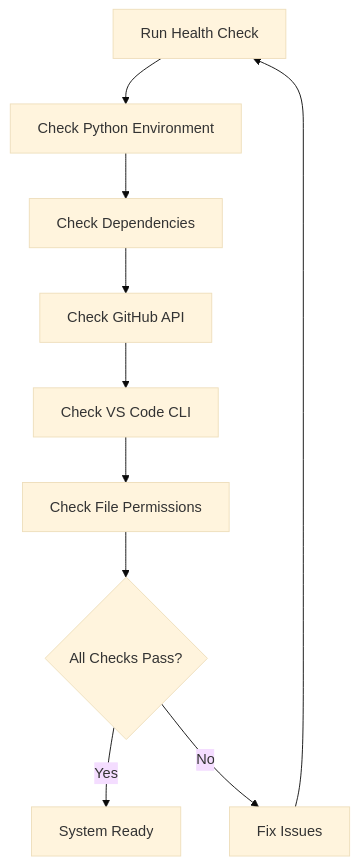
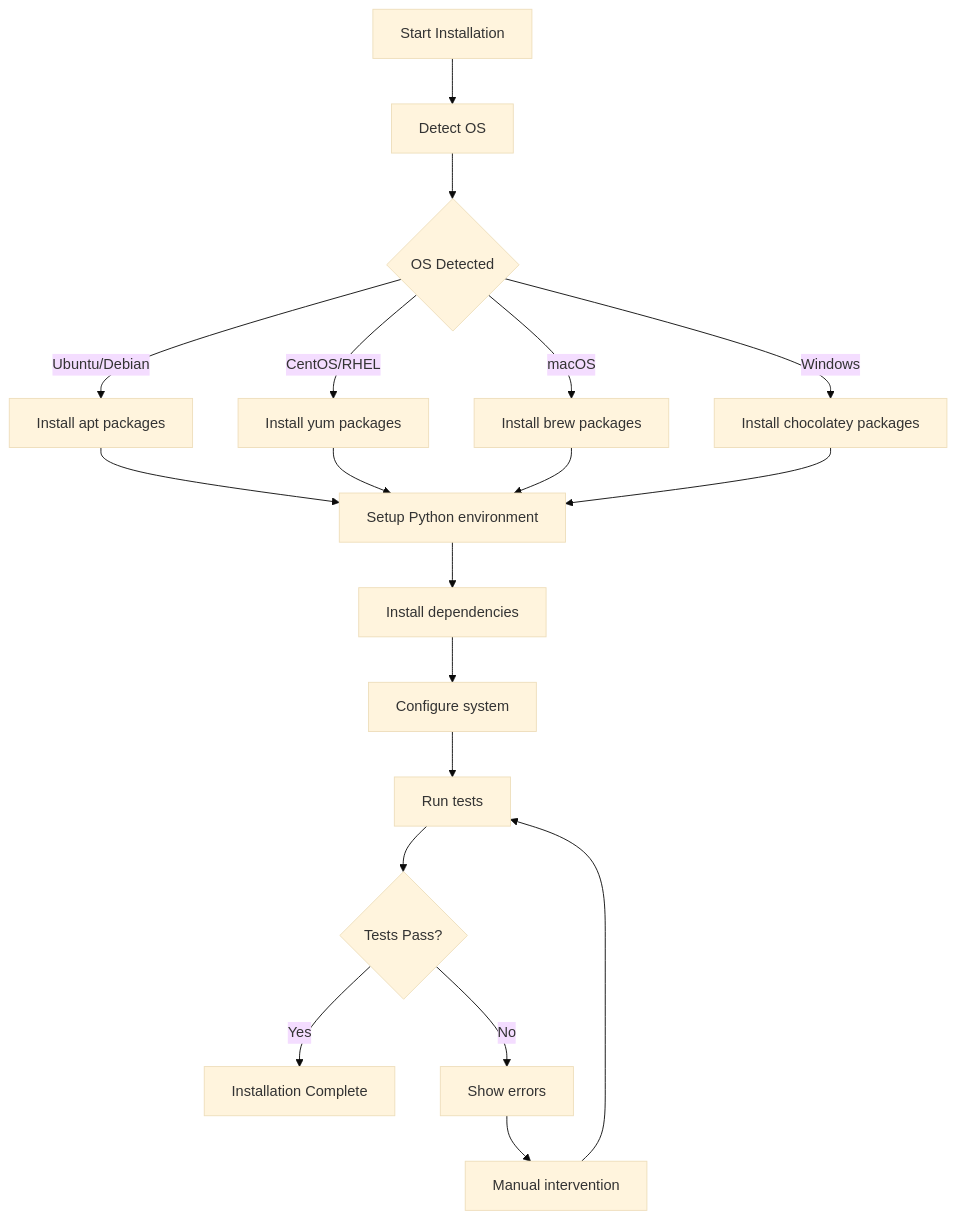
The fourth of 4 diagrams in Docs/entire_project/Installation_Guide.md (Shakour-Data/AutoProjectManagement), drawn with Mermaid (base theme) before and after one commit. The commit also changed other lines of this file and 1 other file, not shown here.

````diff
--- a/Docs/entire_project/Installation_Guide.md
+++ b/Docs/entire_project/Installation_Guide.md
@@ -261,12 +304,23 @@
 ```mermaid
 flowchart TD
-    A[Run Health Check] --> B[Check Python Environment]
-    B --> C[Check Dependencies]
-    C --> D[Check GitHub API]
-    D --> E[Check VS Code CLI]
-    E --> F[Check File Permissions]
-    F --> G{All Checks Pass?}
-    G -->|Yes| H[System Ready]
-    G -->|No| I[Fix Issues]
-    I --> A
+    A[Start Installation] --> B[Detect OS]
+    B --> C{OS Detected}
+    C -->|Ubuntu/Debian| D[Install apt packages]
+    C -->|CentOS/RHEL| E[Install yum packages]
+    C -->|macOS| F[Install brew packages]
+    C -->|Windows| G[Install chocolatey packages]
+    
+    D --> H[Setup Python environment]
+    E --> H
+    F --> H
+    G --> H
+    
+    H --> I[Install dependencies]
+    I --> J[Configure system]
+    J --> K[Run tests]
+    K --> L{Tests Pass?}
+    L -->|Yes| M[Installation Complete]
+    L -->|No| N[Show errors]
+    N --> O[Manual intervention]
+    O --> K
 ```
````
